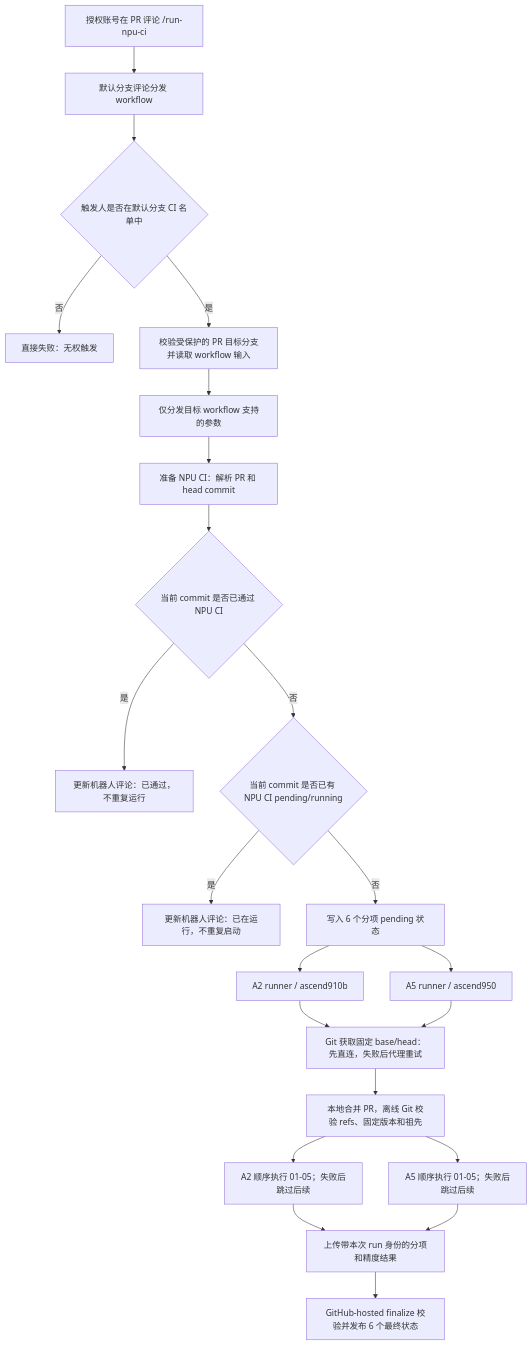
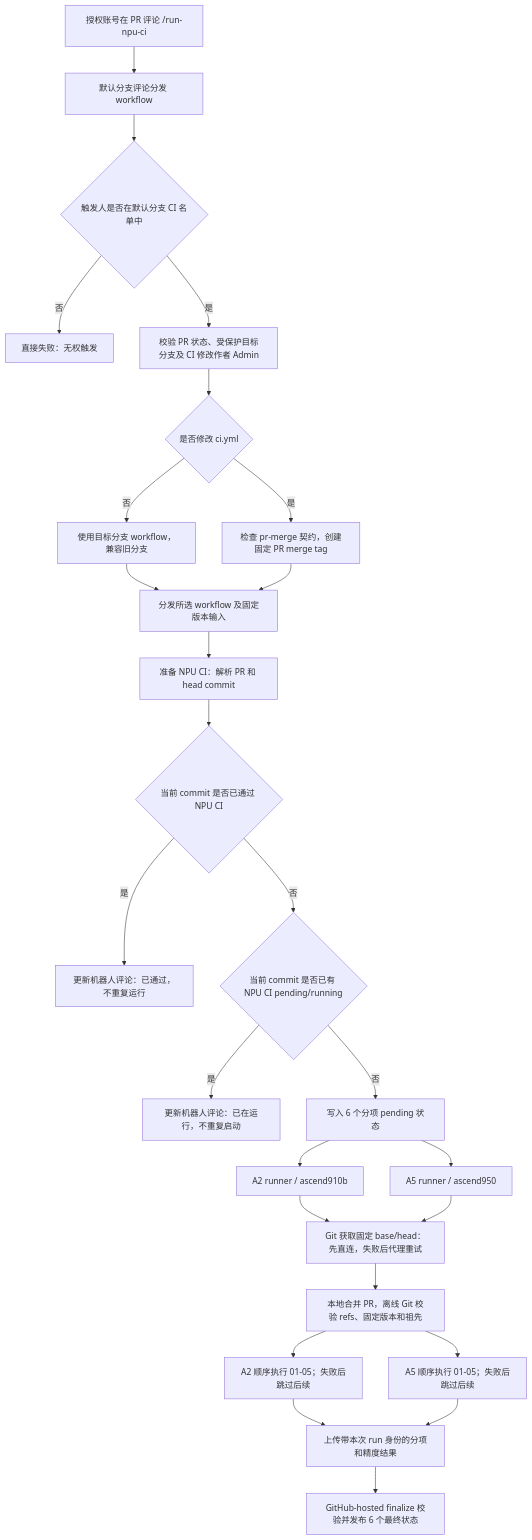
One commit to flashserve/flash-linear-attention-npu changed the second of 4 diagrams in docs/Fla-npu仓CI部署教程.md. Above: the diagram before and after it, drawn with Mermaid. The commit also changed other lines of this file and 11 other files, not shown here.

Commit message:
fix(ci): run Admin PR workflow from its fixed merge commit

````diff
--- a/docs/Fla-npu仓CI部署教程.md
+++ b/docs/Fla-npu仓CI部署教程.md
@@ -99,24 +99,28 @@
 ```mermaid
 flowchart TD
     A["授权账号在 PR 评论 /run-npu-ci"] --> B["默认分支评论分发 workflow"]
     B --> C{"触发人是否在默认分支 CI 名单中"}
     C -- "否" --> D["直接失败：无权触发"]
-    C -- "是" --> E["校验受保护的 PR 目标分支并读取 workflow 输入"]
-    E --> F["仅分发目标 workflow 支持的参数"]
+    C -- "是" --> E["校验 PR 状态、受保护目标分支及 CI 修改作者 Admin"]
+    E --> W{"是否修改 ci.yml"}
+    W -- "否" --> X["使用目标分支 workflow，兼容旧分支"]
+    W -- "是" --> Y["检查 pr-merge 契约，创建固定 PR merge tag"]
+    X --> F["分发所选 workflow 及固定版本输入"]
+    Y --> F
     F --> G["准备 NPU CI：解析 PR 和 head commit"]
     G --> H{"当前 commit 是否已通过 NPU CI"}
     H -- "是" --> I["更新机器人评论：已通过，不重复运行"]
     H -- "否" --> J{"当前 commit 是否已有 NPU CI pending/running"}
     J -- "是" --> K["更新机器人评论：已在运行，不重复启动"]
     J -- "否" --> L["写入 6 个分项 pending 状态"]
     L --> M["A2 runner / ascend910b"]
     L --> N["A5 runner / ascend950"]
     M --> S["Git 获取固定 base/head：先直连，失败后代理重试"]
     N --> S
     S --> T["本地合并 PR，离线 Git 校验 refs、固定版本和祖先"]
     T --> O["A2 顺序执行 01-05；失败后跳过后续"]
     T --> P["A5 顺序执行 01-05；失败后跳过后续"]
     O --> Q["上传带本次 run 身份的分项和精度结果"]
     P --> Q
     Q --> R["GitHub-hosted finalize 校验并发布 6 个最终状态"]
 ```
````
